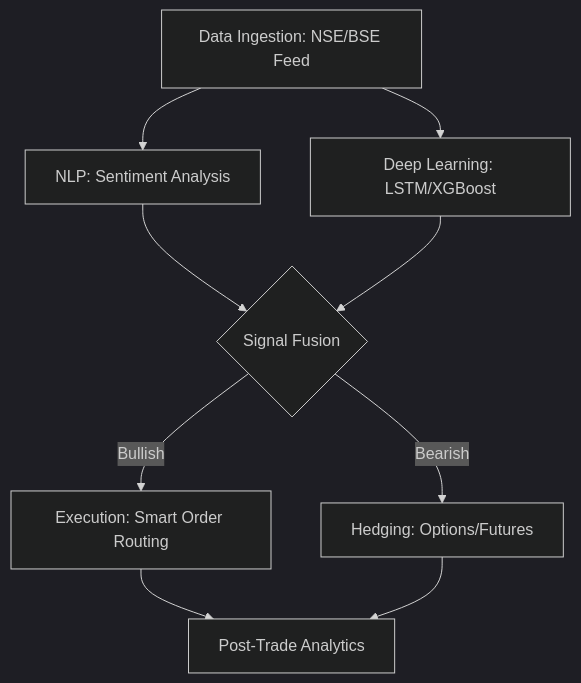
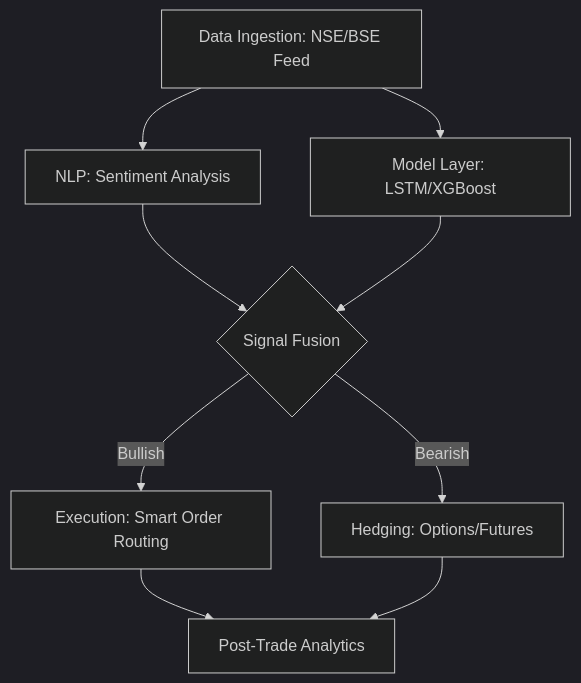
The first of 2 diagrams in content/ai-trading-performance-india-2026/index.mdx (Radii-Holdings/web-home), drawn with Mermaid (dark theme) before and after one commit. The commit also changed other lines of this file and 32 other files, not shown here.

````diff
--- a/content/ai-trading-performance-india-2026/index.mdx
+++ b/content/ai-trading-performance-india-2026/index.mdx
@@ -41,11 +43,11 @@
 ```mermaid
 graph TD
     A[Data Ingestion: NSE/BSE Feed] --> B[NLP: Sentiment Analysis]
-    A --> C[Deep Learning: LSTM/XGBoost]
+    A --> C[Model Layer: LSTM/XGBoost]
     B --> D{Signal Fusion}
     C --> D
     D -->|Bullish| E[Execution: Smart Order Routing]
     D -->|Bearish| F[Hedging: Options/Futures]
     E --> G[Post-Trade Analytics]
     F --> G
 ```
````
